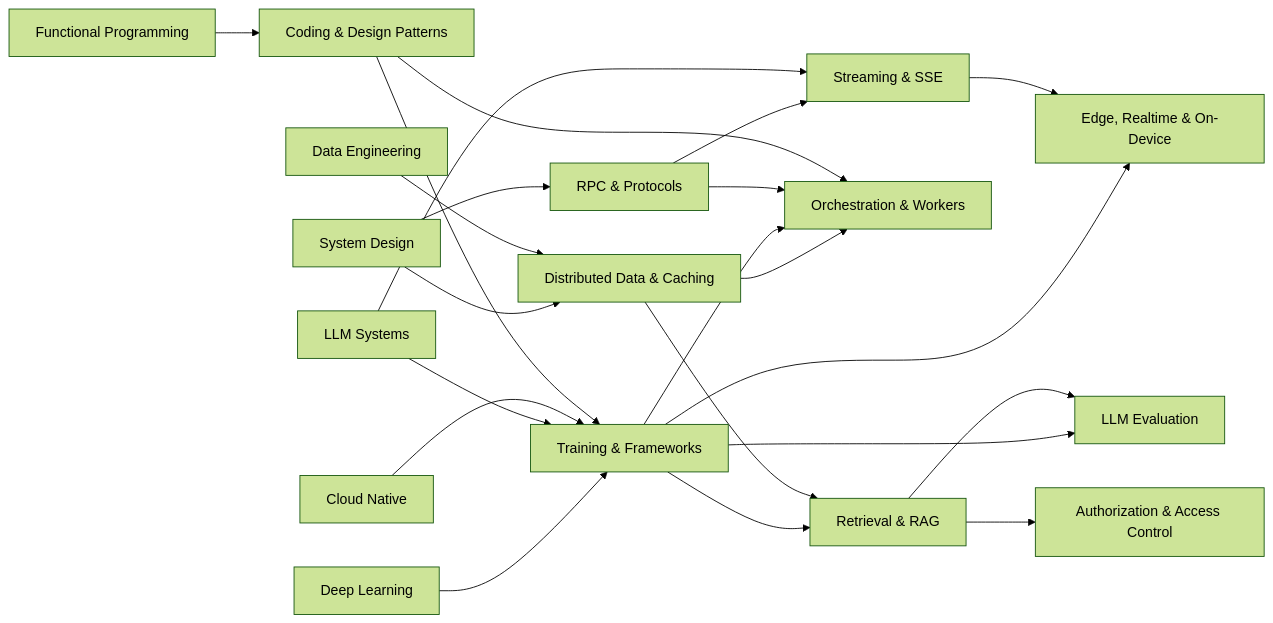
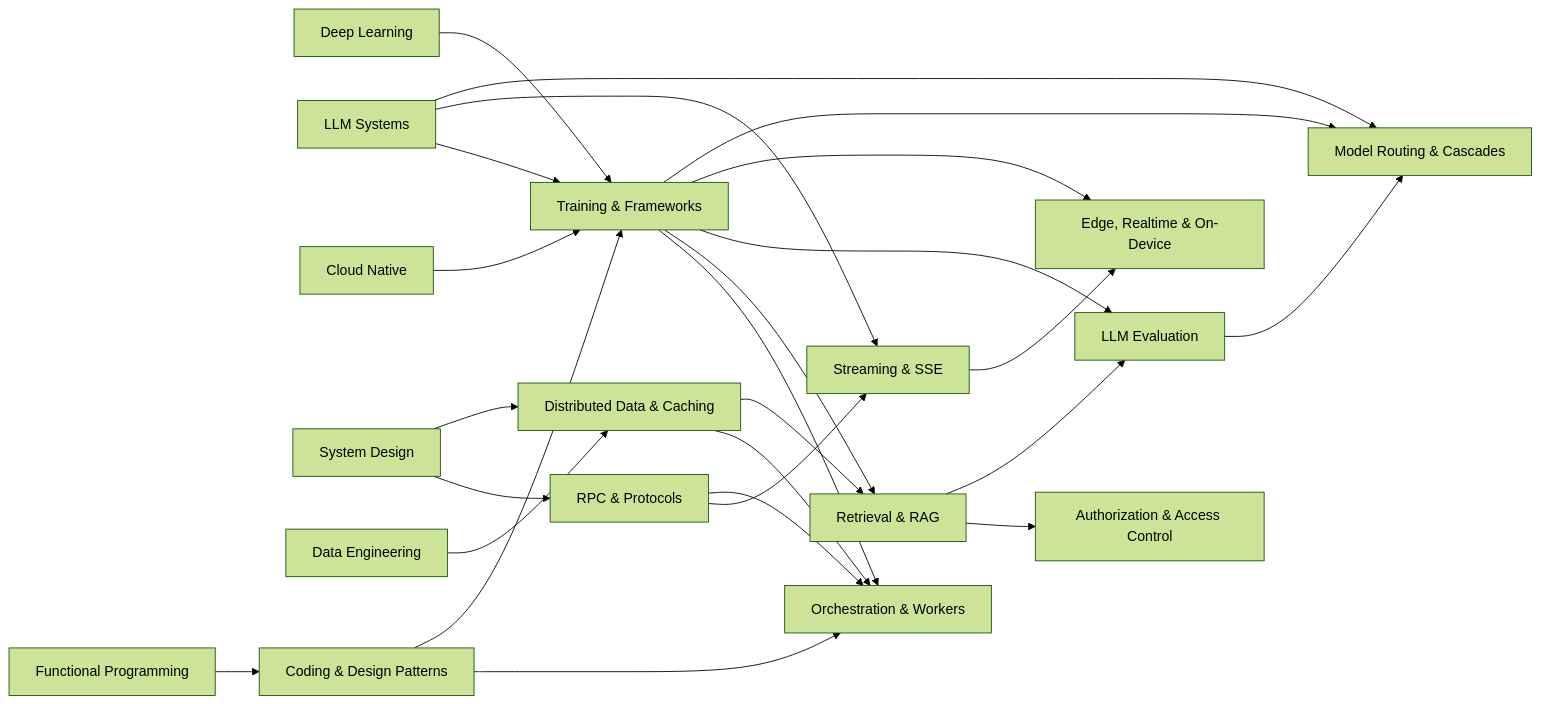
The diagram in ai-platform-engineering/README.md (urmzd/supersource), drawn with Mermaid (forest theme) before and after one commit. The commit also changed other lines of this file and 4 other files, not shown here.

First line of the commit message:
docs(platform): add Model Routing & Cascades track

````diff
--- a/ai-platform-engineering/README.md
+++ b/ai-platform-engineering/README.md
@@ -11,24 +11,27 @@
 ```mermaid
 graph LR
     DL[Deep Learning] --> TF[Training & Frameworks]
     LLM[LLM Systems] --> TF
     CN[Cloud Native] --> TF
     SD[System Design] --> RPC[RPC & Protocols]
     RPC --> SSE[Streaming & SSE]
     LLM --> SSE
     SD --> DDC[Distributed Data & Caching]
     DE[Data Engineering] --> DDC
     DDC --> ORC[Orchestration & Workers]
     TF --> ORC
     RPC --> ORC
     FP[Functional Programming] --> CDP[Coding & Design Patterns]
     CDP --> ORC
     CDP --> TF
     TF --> RAG[Retrieval & RAG]
     DDC --> RAG
     RAG --> AUTH[Authorization & Access Control]
     TF --> EVAL[LLM Evaluation]
     RAG --> EVAL
     TF --> EDGE[Edge, Realtime & On-Device]
     SSE --> EDGE
+    EVAL --> ROUTE[Model Routing & Cascades]
+    TF --> ROUTE
+    LLM --> ROUTE
 ```
````
